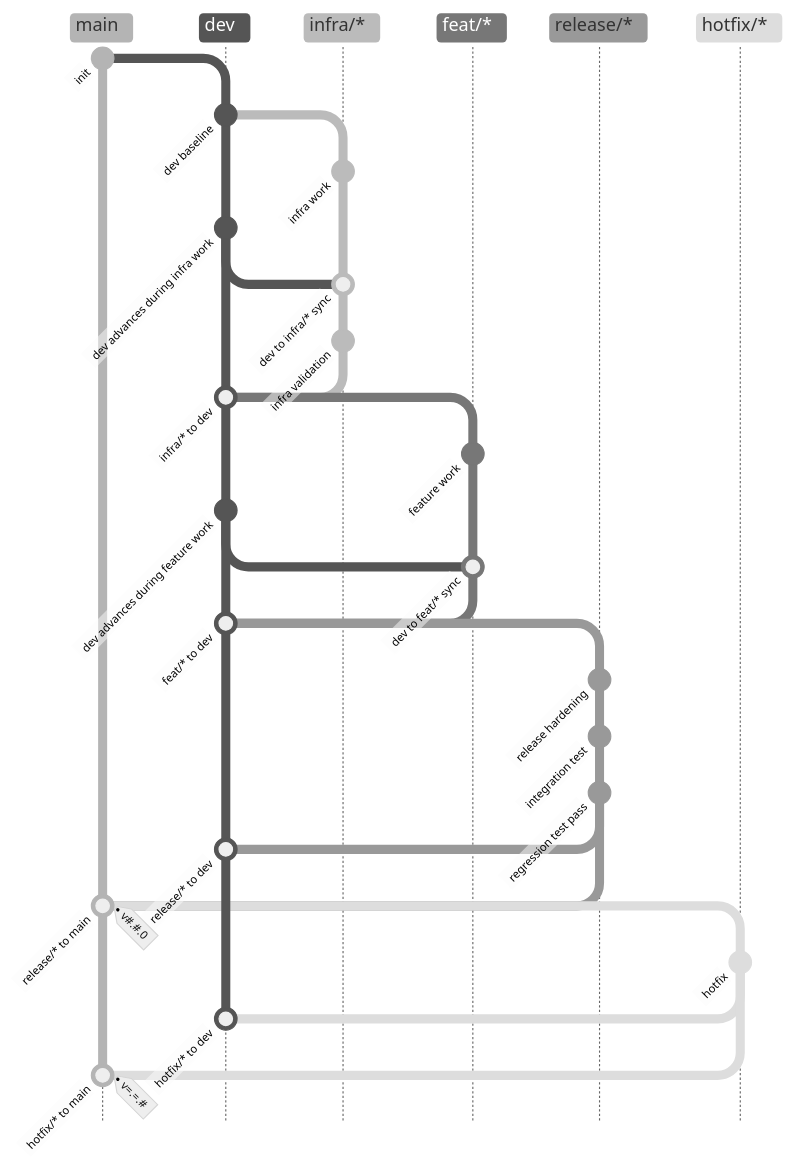
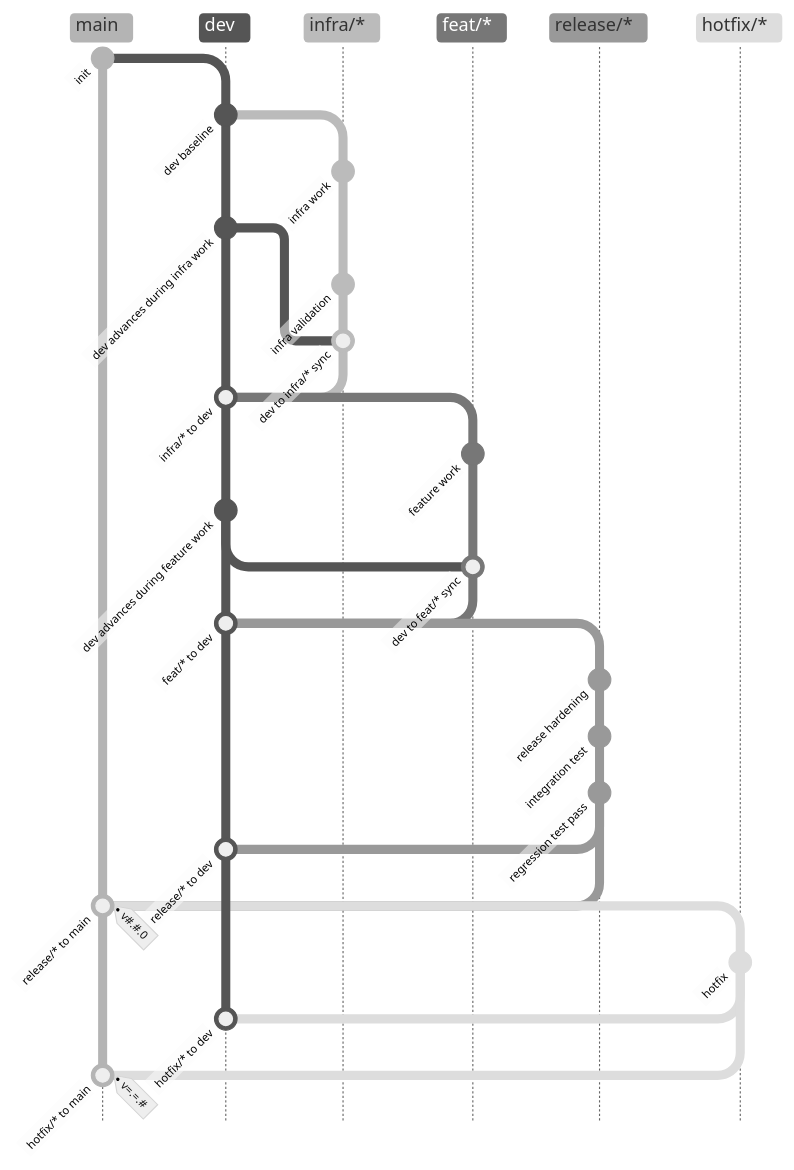
Before and after one commit to ylang-ylang/gitguard: the diagram in configs/dev-infra-feat-release-hotfix/contribution.md, drawn with Mermaid (neutral theme). The commit also changed other lines of this file and 4 other files, not shown here.

````diff
--- a/configs/dev-infra-feat-release-hotfix/contribution.md
+++ b/configs/dev-infra-feat-release-hotfix/contribution.md
@@ -3,58 +3,58 @@
 ```mermaid
 gitGraph TB:
     commit id:"init"
     branch dev
     checkout dev
     commit id:"dev baseline"
 
     %% Cross-module infrastructure work
     branch "infra/*"
     checkout "infra/*"
     commit id:"infra work"
 
     checkout dev
     commit id:"dev advances during infra work"
 
     checkout "infra/*"
+    commit id:"infra validation"
     merge dev id:"dev to infra/* sync"
-    commit id:"infra validation"
 
     checkout dev
     merge "infra/*" id:"infra/* to dev"
 
     %% Single-module feature work
     checkout dev
     branch "feat/*"
     checkout "feat/*"
     commit id:"feature work"
 
     checkout dev
     commit id:"dev advances during feature work"
 
     checkout "feat/*"
     merge dev id:"dev to feat/* sync"
 
     checkout dev
     merge "feat/*" id:"feat/* to dev"
 
     %% Release from dev to main
     branch "release/*"
     checkout "release/*"
     commit id:"release hardening"
     commit id:"integration test"
     commit id:"regression test pass"
     checkout dev
     merge "release/*" id:"release/* to dev"
     checkout main
     merge "release/*" id:"release/* to main" tag:"v#.#.0"
 
     %% Hotfix from main
     checkout main
     branch "hotfix/*"
     checkout "hotfix/*"
     commit id:"hotfix"
     checkout dev
     merge "hotfix/*" id:"hotfix/* to dev"
     checkout main
     merge "hotfix/*" id:"hotfix/* to main" tag:"v=.=.#"
 ```
````
